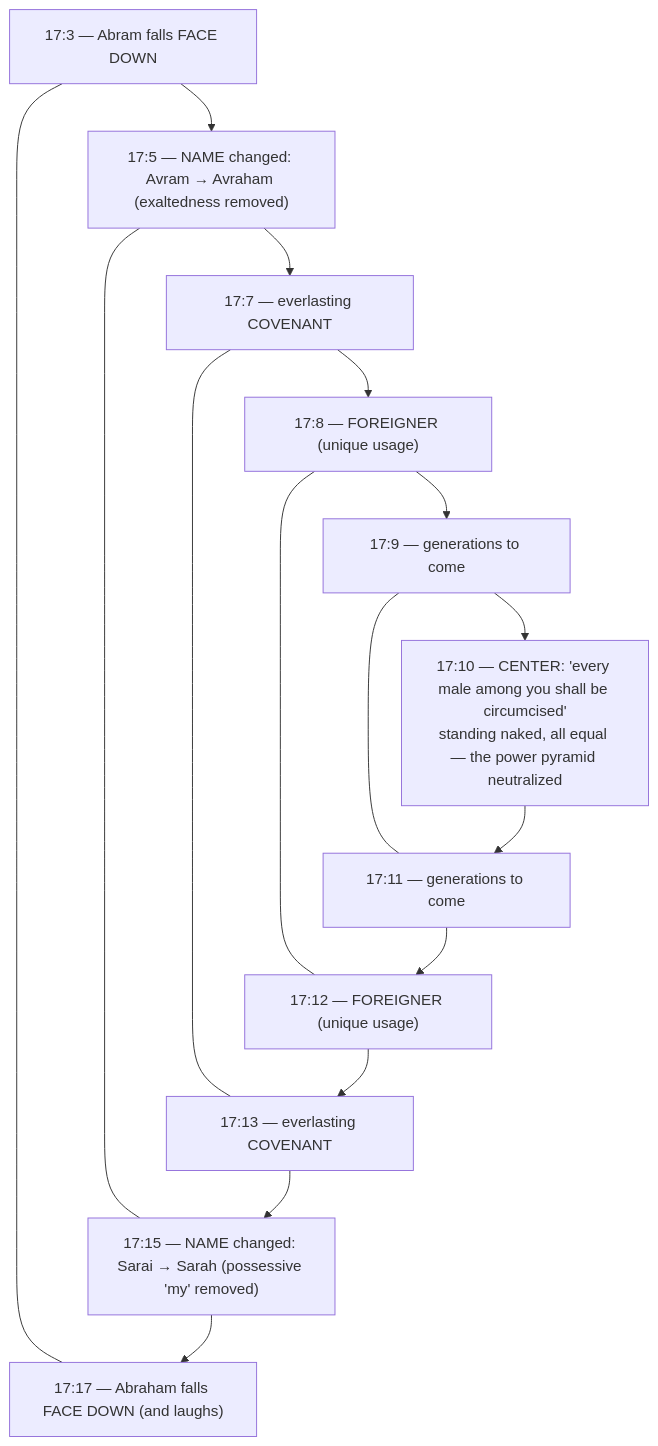
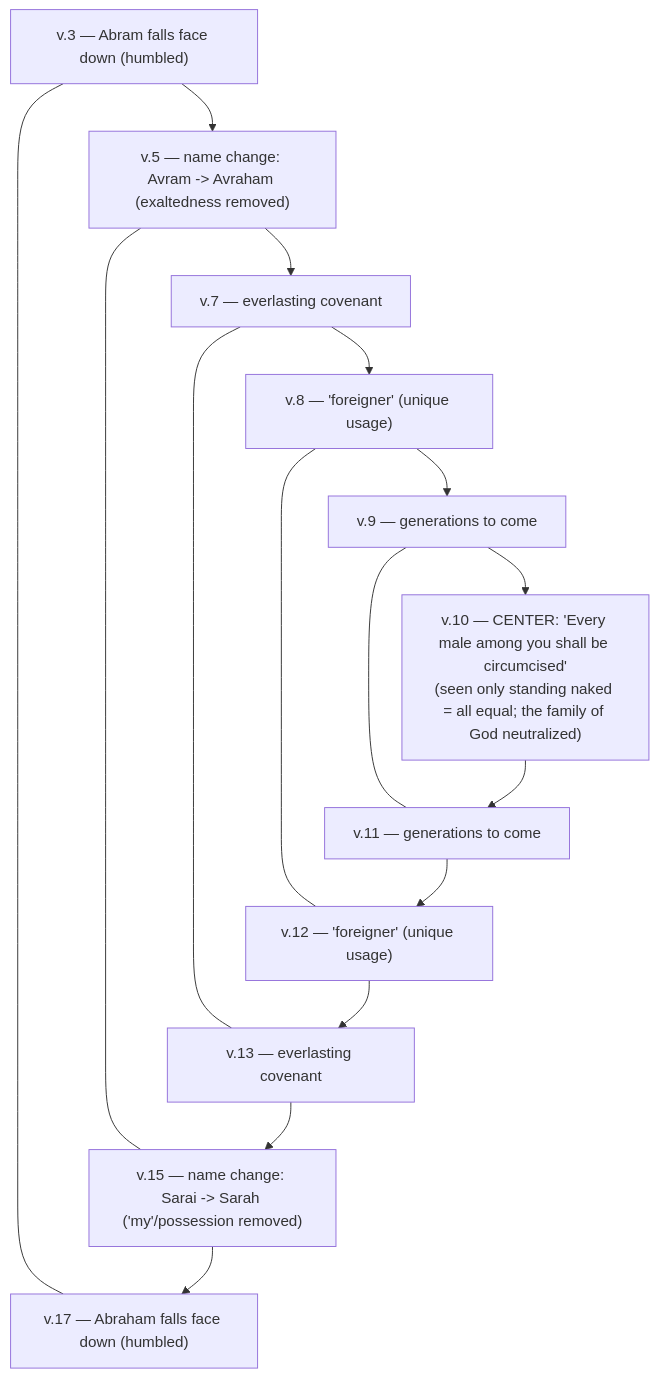
The diagram in study-guides/1-10-walking-the-blood-path.md (rmaloneycvg/bema), drawn with Mermaid before and after one commit. The commit also changed other lines of this file and 35 other files, not shown here.

````diff
--- a/study-guides/1-10-walking-the-blood-path.md
+++ b/study-guides/1-10-walking-the-blood-path.md
@@ -48,21 +78,21 @@
 ```mermaid
 flowchart TB
-    A1["17:3 — Abram falls FACE DOWN"]
-    B1["17:5 — NAME changed: Avram → Avraham (exaltedness removed)"]
-    C1["17:7 — everlasting COVENANT"]
-    D1["17:8 — FOREIGNER (unique usage)"]
-    E1["17:9 — generations to come"]
-    CENTER["17:10 — CENTER: 'every male among you shall be circumcised'<br/>standing naked, all equal — the power pyramid neutralized"]
-    E2["17:11 — generations to come"]
-    D2["17:12 — FOREIGNER (unique usage)"]
-    C2["17:13 — everlasting COVENANT"]
-    B2["17:15 — NAME changed: Sarai → Sarah (possessive 'my' removed)"]
-    A2["17:17 — Abraham falls FACE DOWN (and laughs)"]
+    A1["v.3 — Abram falls face down (humbled)"]
+    B1["v.5 — name change: Avram -> Avraham (exaltedness removed)"]
+    C1["v.7 — everlasting covenant"]
+    D1["v.8 — 'foreigner' (unique usage)"]
+    E1["v.9 — generations to come"]
+    CENTER["v.10 — CENTER: 'Every male among you shall be circumcised'<br/>(seen only standing naked = all equal; the family of God neutralized)"]
+    E2["v.11 — generations to come"]
+    D2["v.12 — 'foreigner' (unique usage)"]
+    C2["v.13 — everlasting covenant"]
+    B2["v.15 — name change: Sarai -> Sarah ('my'/possession removed)"]
+    A2["v.17 — Abraham falls face down (humbled)"]
 
     A1 --- A2
     B1 --- B2
     C1 --- C2
     D1 --- D2
     E1 --- E2
     A1 --> B1 --> C1 --> D1 --> E1 --> CENTER --> E2 --> D2 --> C2 --> B2 --> A2
 ```
````
